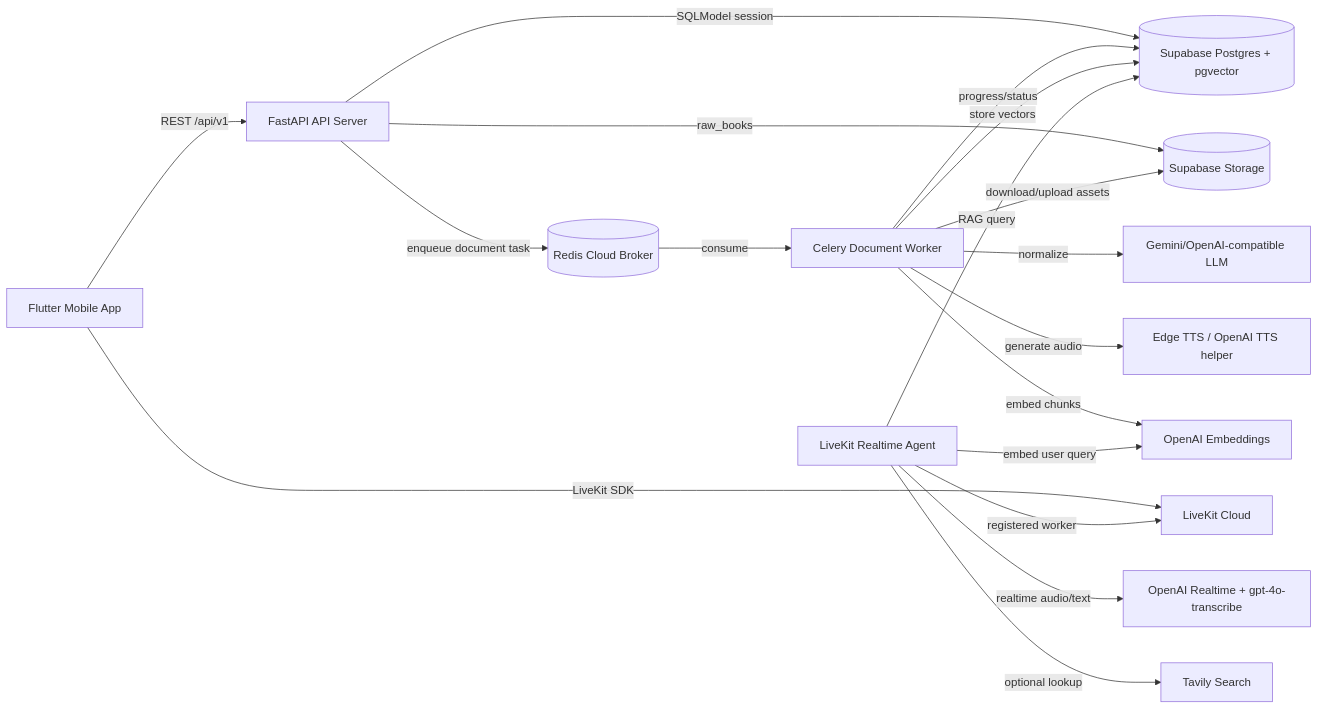
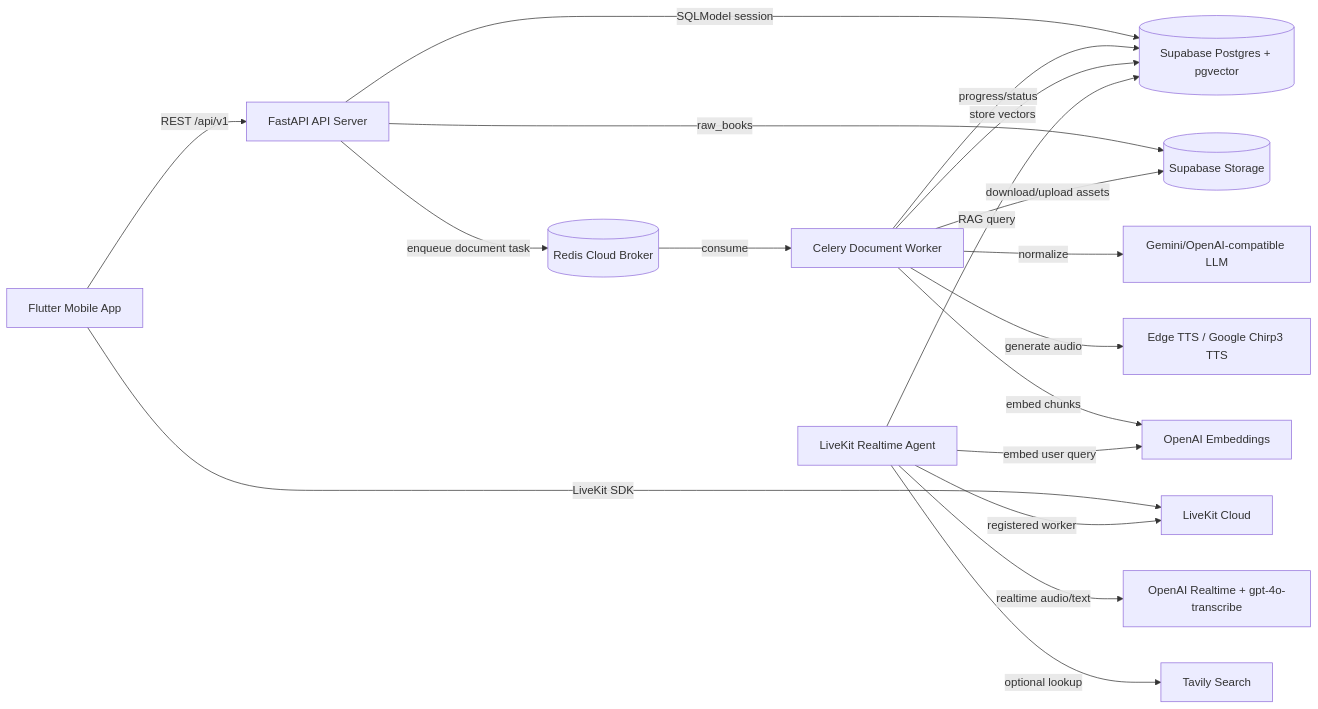
One commit to KhoaSinno/triam-backend changed the first of 5 diagrams in SPEC TRIAM v1_ AI Assistant Học Tập Thông Minh.md. Above: the diagram before and after it, drawn with Mermaid. The commit also changed other lines of this file and 1 other file, not shown here.

````diff
--- a/SPEC TRIAM v1_ AI Assistant Học Tập Thông Minh.md
+++ b/SPEC TRIAM v1_ AI Assistant Học Tập Thông Minh.md
@@ -297,34 +290,34 @@
 ```mermaid
 flowchart LR
     FE["Flutter Mobile App"]
     API["FastAPI API Server"]
     Agent["LiveKit Realtime Agent"]
     Worker["Celery Document Worker"]
     Redis[("Redis Cloud Broker")]
     DB[("Supabase Postgres + pgvector")]
     Storage[("Supabase Storage")]
     LK["LiveKit Cloud"]
     LLM["Gemini/OpenAI-compatible LLM"]
     RT["OpenAI Realtime + gpt-4o-transcribe"]
-    TTS["Edge TTS / OpenAI TTS helper"]
+    TTS["Edge TTS / Google Chirp3 TTS"]
     Emb["OpenAI Embeddings"]
     Search["Tavily Search"]
 
     FE -->|"REST /api/v1"| API
     API -->|"SQLModel session"| DB
     API -->|"raw_books"| Storage
     API -->|"enqueue document task"| Redis
     Redis -->|"consume"| Worker
     Worker -->|"progress/status"| DB
     Worker -->|"download/upload assets"| Storage
     Worker -->|"normalize"| LLM
     Worker -->|"generate audio"| TTS
     Worker -->|"embed chunks"| Emb
     Worker -->|"store vectors"| DB
     FE -->|"LiveKit SDK"| LK
     Agent -->|"registered worker"| LK
     Agent -->|"realtime audio/text"| RT
     Agent -->|"RAG query"| DB
     Agent -->|"embed user query"| Emb
     Agent -->|"optional lookup"| Search
 ```
````
